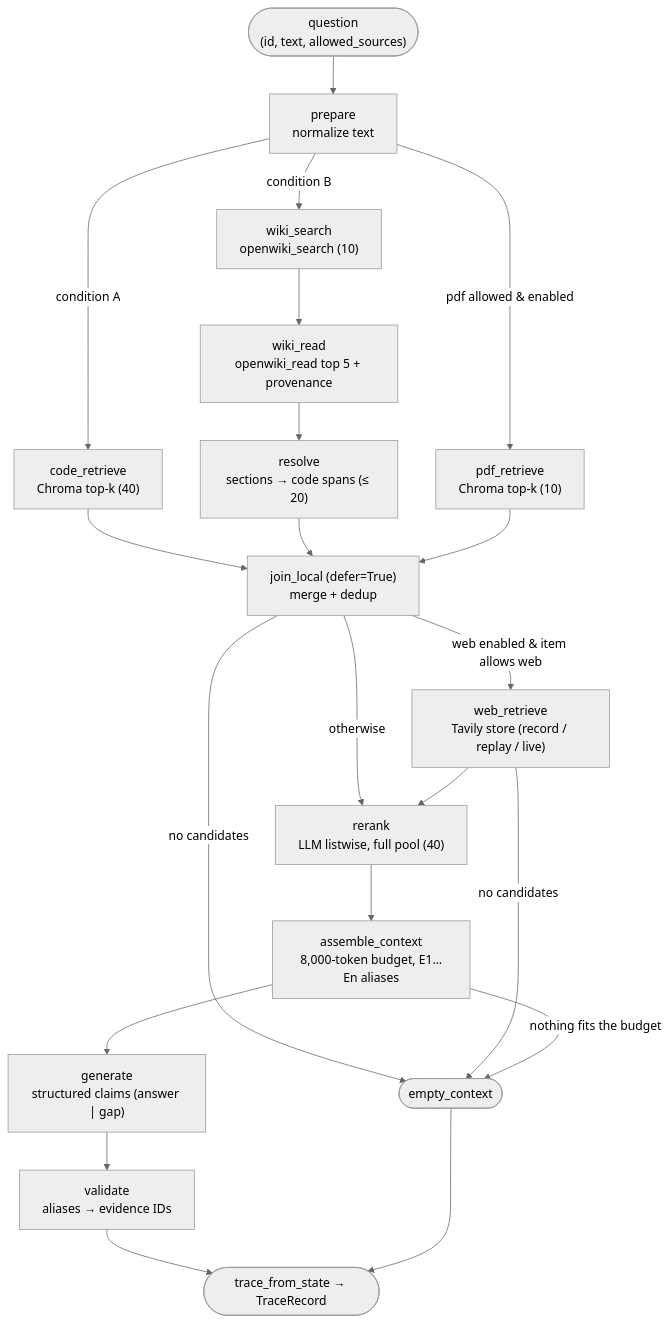
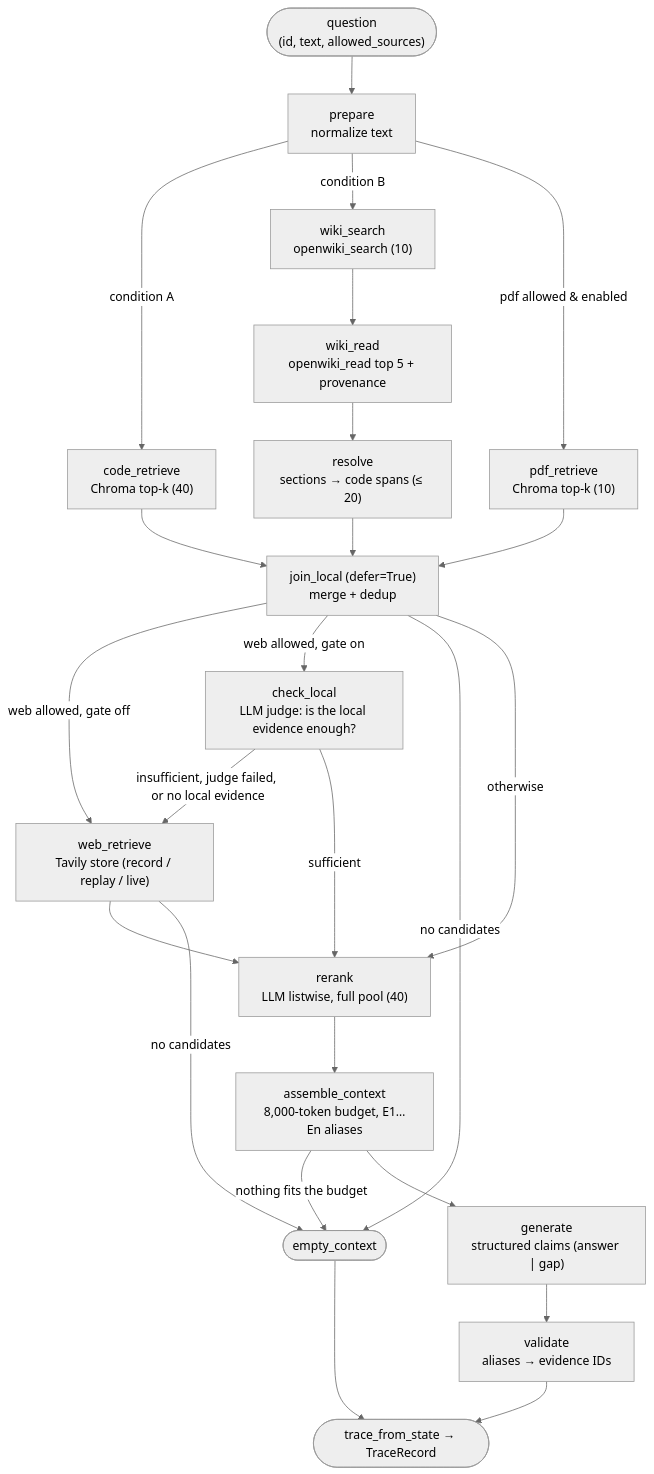
One commit to andresdp/design-wiki-bridge changed the fourth of 9 diagrams in docs/architecture.md. Above: the diagram before and after it, drawn with Mermaid (neutral theme). The commit also changed other lines of this file and 3 other files, not shown here.

Commit message:
docs: describe the conditional web gate and revise KTD7

````diff
--- a/docs/architecture.md
+++ b/docs/architecture.md
@@ -142,23 +142,26 @@
 ```mermaid
 flowchart TD
     Q(["question<br/>(id, text, allowed_sources)"]) --> prepare["prepare<br/>normalize text"]
     prepare -->|"condition A"| code["code_retrieve<br/>Chroma top-k (40)"]
     prepare -->|"condition B"| ws["wiki_search<br/>openwiki_search (10)"]
     ws --> wr["wiki_read<br/>openwiki_read top 5 + provenance"]
     wr --> res["resolve<br/>sections → code spans (≤ 20)"]
     prepare -->|"pdf allowed & enabled"| pdf["pdf_retrieve<br/>Chroma top-k (10)"]
     code --> join["join_local (defer=True)<br/>merge + dedup"]
     res --> join
     pdf --> join
-    join -->|"web enabled & item allows web"| webn["web_retrieve<br/>Tavily store (record / replay / live)"]
+    join -->|"web allowed, gate off"| webn["web_retrieve<br/>Tavily store (record / replay / live)"]
+    join -->|"web allowed, gate on"| chk["check_local<br/>LLM judge: is the local evidence enough?"]
+    chk -->|"insufficient, judge failed, or no local evidence"| webn
+    chk -->|"sufficient"| rr
     join -->|"no candidates"| empty(["empty_context"])
     join -->|"otherwise"| rr
     webn --> rr["rerank<br/>LLM listwise, full pool (40)"]
     webn -->|"no candidates"| empty
     rr --> ctx["assemble_context<br/>8,000-token budget, E1…En aliases"]
     ctx -->|"nothing fits the budget"| empty
     ctx --> gen["generate<br/>structured claims (answer | gap)"]
     gen --> val["validate<br/>aliases → evidence IDs"]
     val --> T(["trace_from_state → TraceRecord"])
     empty --> T
 ```
````
